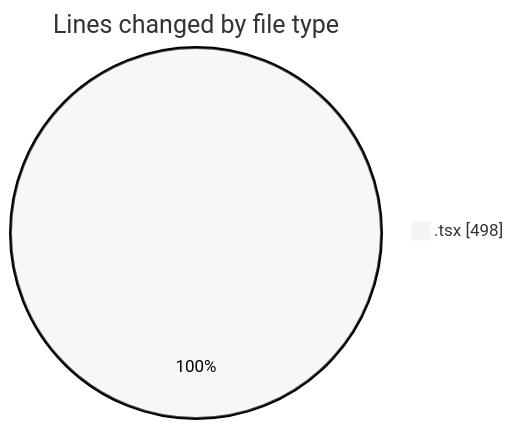
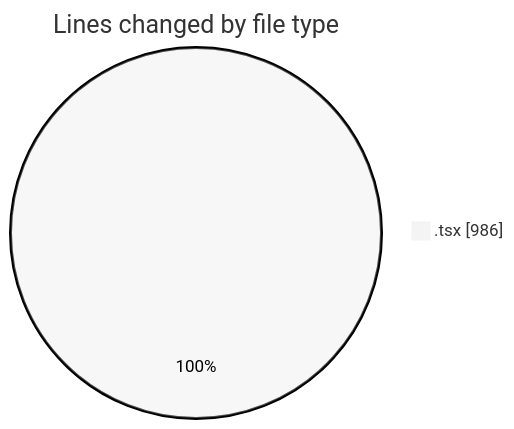
The first of 2 diagrams in 2025-07-26/cohera/README.md (JenPaints/code-tracking), drawn with Mermaid (neutral theme) before and after one commit. The commit also changed other lines of this file and 1 other file, not shown here.

````diff
--- a/2025-07-26/cohera/README.md
+++ b/2025-07-26/cohera/README.md
@@ -22,5 +24,5 @@
 ```mermaid
 pie showData
 title Lines changed by file type
-".tsx" : 498
+".tsx" : 986
 ```
````
